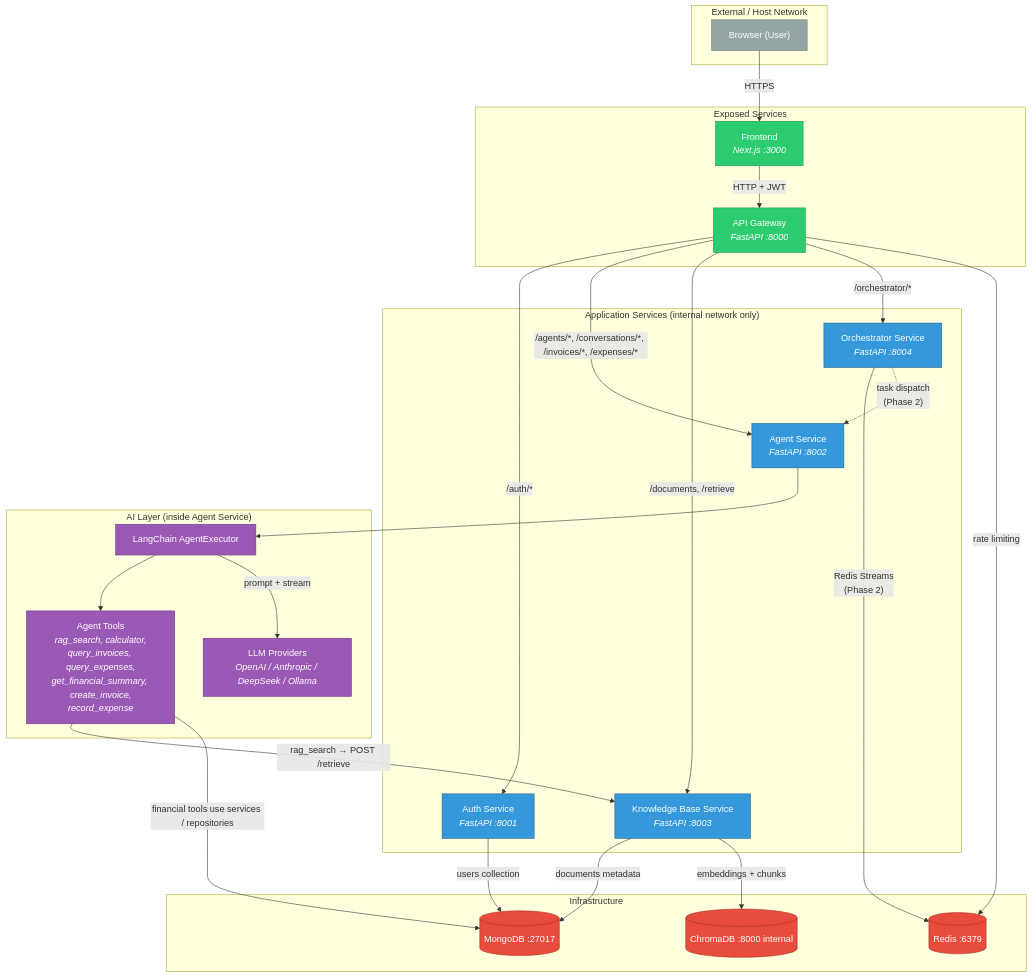
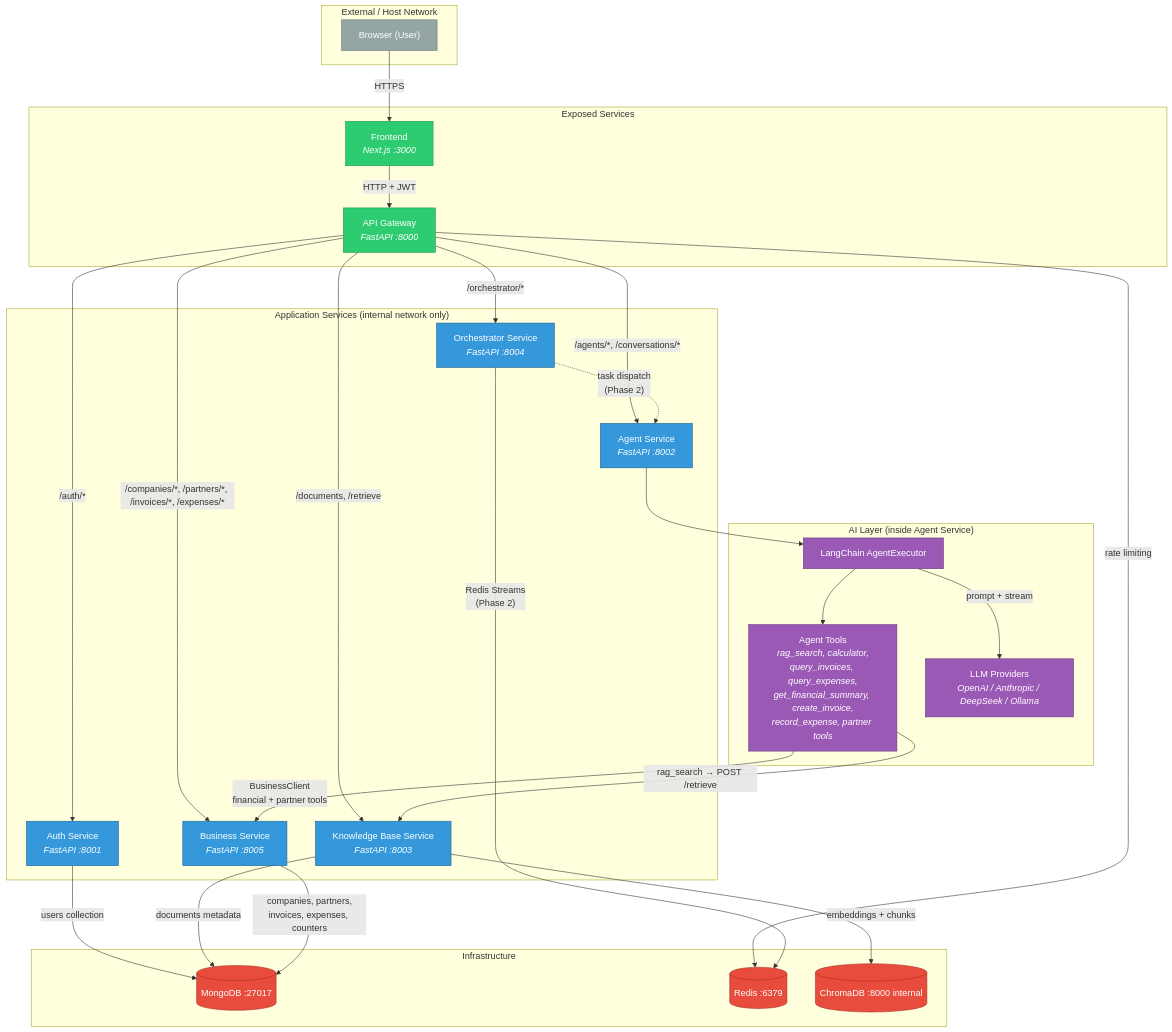
The first of 3 diagrams in docs/architecture/dependency-graph.md (valiobar/agents), drawn with Mermaid before and after one commit. The commit also changed other lines of this file and 85 other files, not shown here.

First line of the commit message:
Add Business Service integration

````diff
--- a/docs/architecture/dependency-graph.md
+++ b/docs/architecture/dependency-graph.md
@@ -15,74 +16,79 @@
 ```mermaid
 graph TD
     subgraph external ["External / Host Network"]
         Browser["Browser (User)"]
     end
 
     subgraph exposed ["Exposed Services"]
         FE["Frontend<br/><i>Next.js :3000</i>"]
         GW["API Gateway<br/><i>FastAPI :8000</i>"]
     end
 
     subgraph app_services ["Application Services (internal network only)"]
         AUTH["Auth Service<br/><i>FastAPI :8001</i>"]
         AGENT["Agent Service<br/><i>FastAPI :8002</i>"]
         KB["Knowledge Base Service<br/><i>FastAPI :8003</i>"]
         ORCH["Orchestrator Service<br/><i>FastAPI :8004</i>"]
+        BUSINESS["Business Service<br/><i>FastAPI :8005</i>"]
     end
 
     subgraph ai_layer ["AI Layer (inside Agent Service)"]
         LC["LangChain AgentExecutor"]
-        TOOLS["Agent Tools<br/><i>rag_search, calculator,<br/>query_invoices, query_expenses,<br/>get_financial_summary, create_invoice,<br/>record_expense</i>"]
+        TOOLS["Agent Tools<br/><i>rag_search, calculator,<br/>query_invoices, query_expenses,<br/>get_financial_summary, create_invoice,<br/>record_expense, partner tools</i>"]
         LLM["LLM Providers<br/><i>OpenAI / Anthropic / DeepSeek / Ollama</i>"]
     end
 
     subgraph infra ["Infrastructure"]
         MONGO[("MongoDB :27017")]
         REDIS[("Redis :6379")]
         CHROMA[("ChromaDB :8000 internal")]
     end
 
     %% User → Frontend → Gateway
     Browser -->|"HTTPS"| FE
     FE -->|"HTTP + JWT"| GW
 
     %% Gateway → Services
     GW -->|"/auth/*"| AUTH
-    GW -->|"/agents/*, /conversations/*, /invoices/*, /expenses/*"| AGENT
+    GW -->|"/agents/*, /conversations/*"| AGENT
+    GW -->|"/companies/*, /partners/*, /invoices/*, /expenses/*"| BUSINESS
     GW -->|"/documents, /retrieve"| KB
     GW -->|"/orchestrator/*"| ORCH
 
     %% Gateway → Infrastructure
     GW -->|"rate limiting"| REDIS
 
     %% Auth → Infrastructure
     AUTH -->|"users collection"| MONGO
 
     %% Agent → Infrastructure + AI
     AGENT --> LC
     LC --> TOOLS
     LC -->|"prompt + stream"| LLM
     TOOLS -->|"rag_search → POST /retrieve"| KB
-    TOOLS -->|"financial tools use services / repositories"| MONGO
+    TOOLS -->|"BusinessClient<br/>financial + partner tools"| BUSINESS
 
     %% Knowledge Base → Infrastructure
     KB -->|"documents metadata"| MONGO
     KB -->|"embeddings + chunks"| CHROMA
+
+    %% Business → Infrastructure
+    BUSINESS -->|"companies, partners,<br/>invoices, expenses, counters"| MONGO
 
     %% Orchestrator → Infrastructure (Phase 2)
     ORCH -->|"Redis Streams<br/>(Phase 2)"| REDIS
     ORCH -.->|"task dispatch<br/>(Phase 2)"| AGENT
 
     %% Styling
     classDef exposed fill:#2ECC71,stroke:#1A9850,color:#fff
     classDef appSvc fill:#3498DB,stroke:#21618C,color:#fff
     classDef infraNode fill:#E74C3C,stroke:#A83228,color:#fff
     classDef aiNode fill:#9B59B6,stroke:#6C3A80,color:#fff
     classDef extNode fill:#95A5A6,stroke:#6B7B7C,color:#fff
 
     class Browser extNode
     class FE,GW exposed
-    class AUTH,AGENT,KB,ORCH appSvc
+    class AUTH,AGENT,KB,ORCH,BUSINESS appSvc
     class MONGO,REDIS,CHROMA infraNode
     class LC,TOOLS,LLM aiNode
 ```
````
